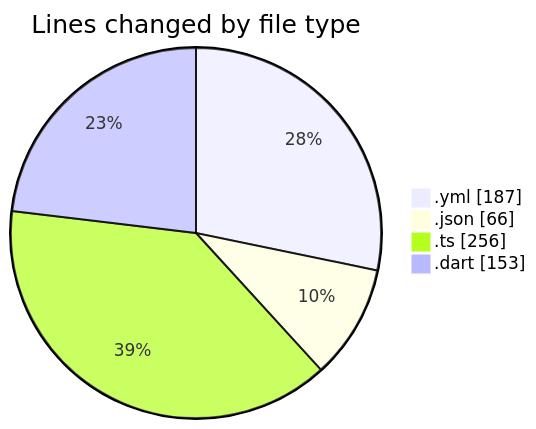
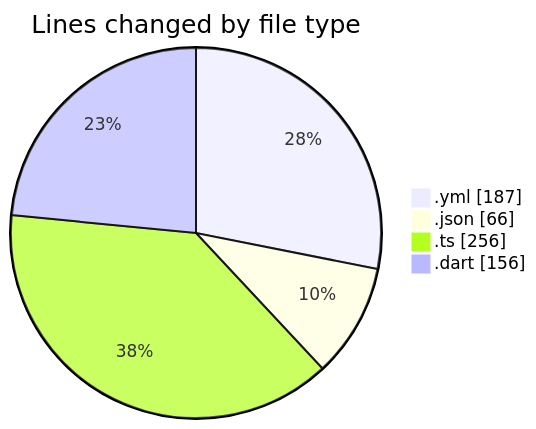
One commit to donsfak/code-tracking changed the first of 2 diagrams in 2025-02-10/maps_clone/README.md. Above: the diagram before and after it, drawn with Mermaid. The commit also changed other lines of this file and 1 other file, not shown here.

````diff
--- a/2025-02-10/maps_clone/README.md
+++ b/2025-02-10/maps_clone/README.md
@@ -27,8 +27,8 @@
 ```mermaid
 pie showData
 title Lines changed by file type
 ".yml" : 187
 ".json" : 66
 ".ts" : 256
-".dart" : 153
+".dart" : 156
 ```
````
